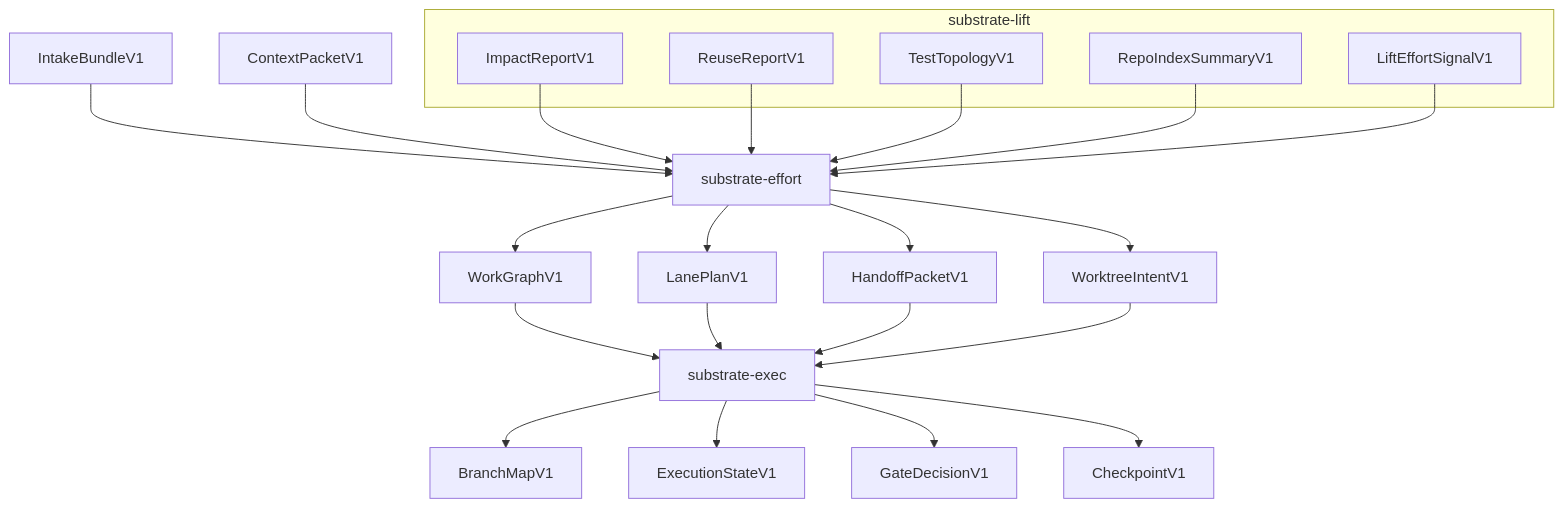
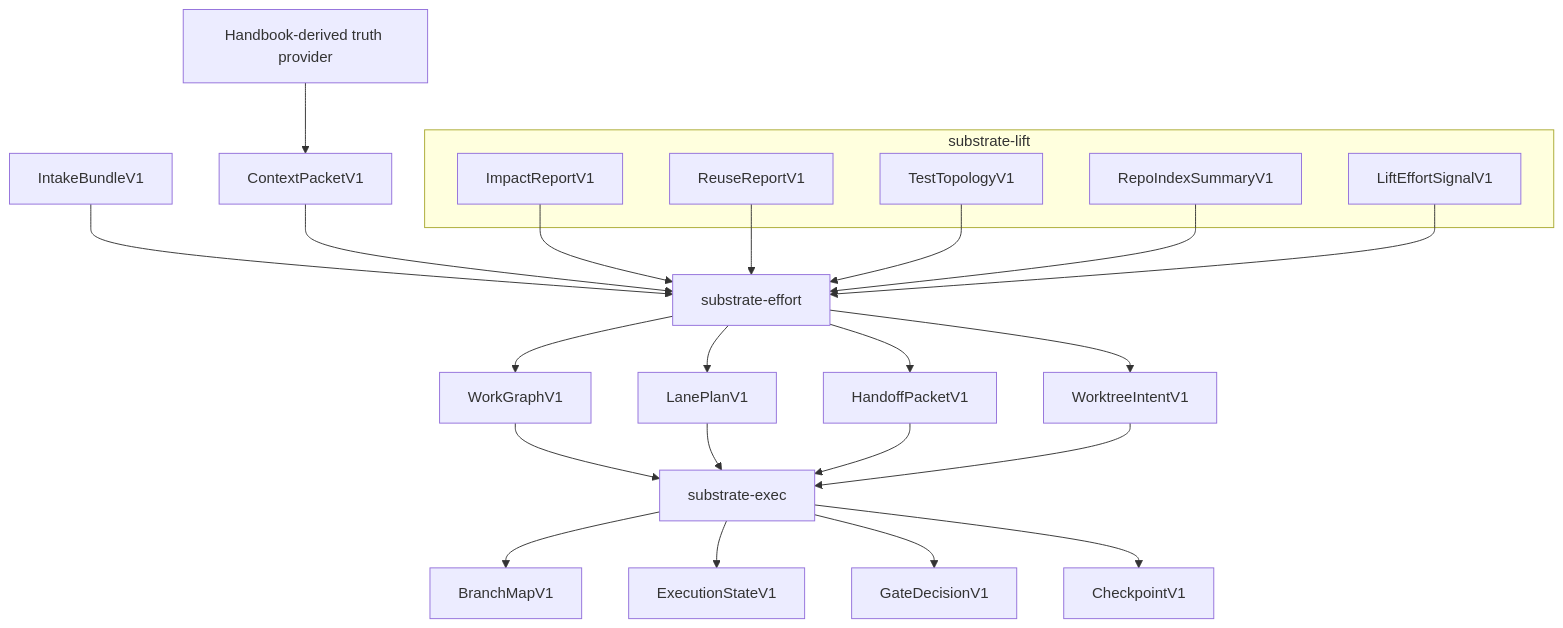
Before and after one commit to atomize-hq/substrate: the diagram in docs/code-intelligence-workstream-orchestration.md, drawn with Mermaid. The commit also changed other lines of this file and 9 other files, not shown here.

Commit message:
Integrate handbook as context provider in code-intelligence docs

````diff
--- a/docs/code-intelligence-workstream-orchestration.md
+++ b/docs/code-intelligence-workstream-orchestration.md
@@ -258,34 +260,35 @@
 ```mermaid
 flowchart TB
+    H["Handbook-derived truth provider"] --> C["ContextPacketV1"]
     I["IntakeBundleV1"] --> E["substrate-effort"]
-    C["ContextPacketV1"] --> E
+    C --> E
 
     subgraph L["substrate-lift"]
         LR["ImpactReportV1"]
         RR["ReuseReportV1"]
         TT["TestTopologyV1"]
         RI["RepoIndexSummaryV1"]
         LS["LiftEffortSignalV1"]
     end
 
     LR --> E
     RR --> E
     TT --> E
     RI --> E
     LS --> E
 
     E --> WG["WorkGraphV1"]
     E --> LP["LanePlanV1"]
     E --> HP["HandoffPacketV1"]
     E --> WI["WorktreeIntentV1"]
 
     WG --> X["substrate-exec"]
     LP --> X
     HP --> X
     WI --> X
 
     X --> BM["BranchMapV1"]
     X --> ES["ExecutionStateV1"]
     X --> GD["GateDecisionV1"]
     X --> CP["CheckpointV1"]
 ```
````
